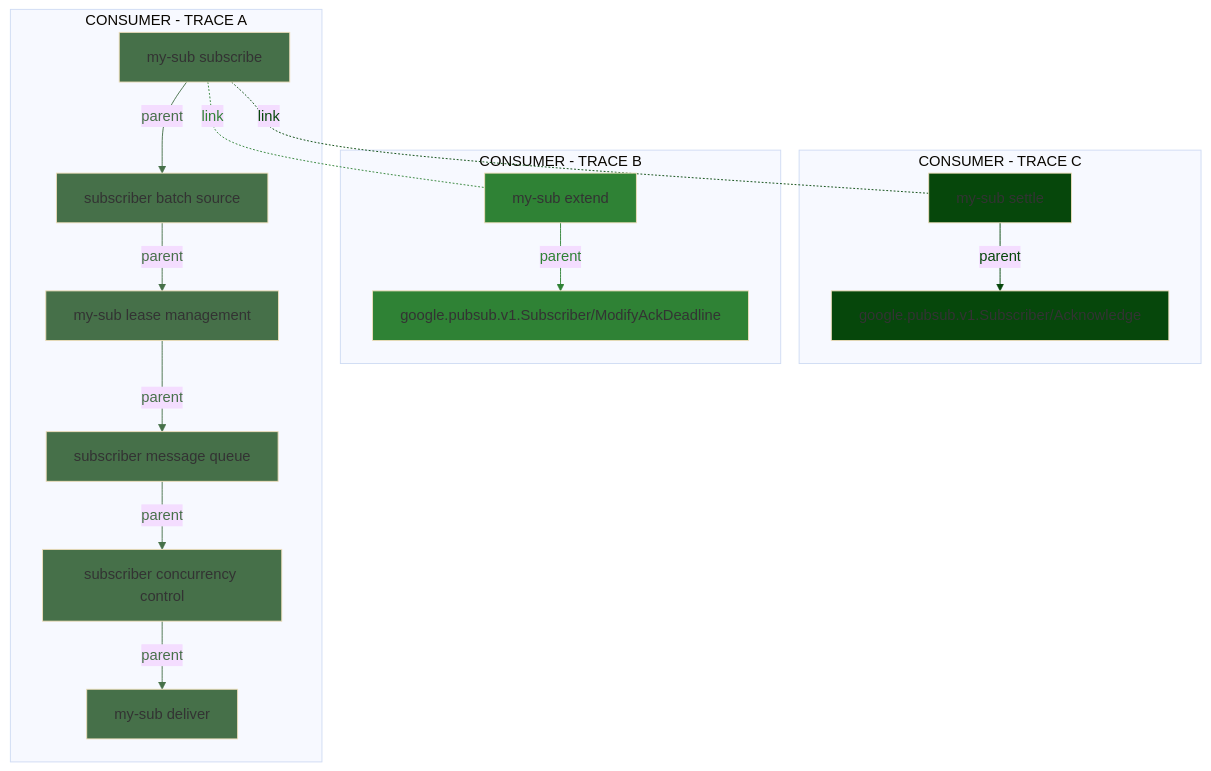
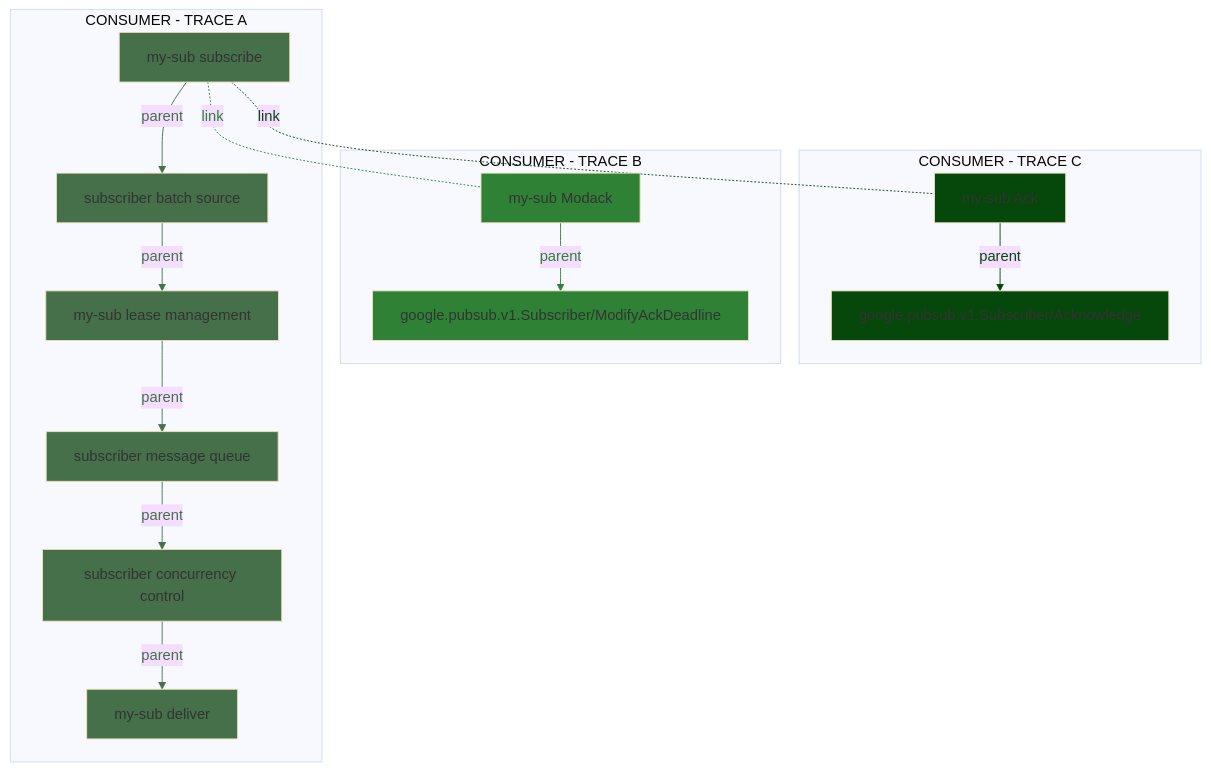
Before and after one commit to alevenberg/semantic-conventions: diagram 19 of 29 in docs/messaging/gcp-pubsub.md, drawn with Mermaid (base theme). The commit also changed other lines of this file, not shown here.

Commit message:
wip, change to ack/modack

````diff
--- a/docs/messaging/gcp-pubsub.md
+++ b/docs/messaging/gcp-pubsub.md
@@ -874,41 +874,41 @@
 ```mermaid
 flowchart TD;
   subgraph CONSUMER - TRACE C  
- SETTLE[my-sub settle]
+ Ack[my-sub Ack]
   ACK[ google.pubsub.v1.Subscriber/Acknowledge]
-  SETTLE--parent-->ACK;
+  Ack--parent-->ACK;
   end
   subgraph CONSUMER - TRACE B
- EXTEND[my-sub extend]
-  EXTEND_RPC[google.pubsub.v1.Subscriber/ModifyAckDeadline]
-EXTEND--parent-->EXTEND_RPC;
+ Modack[my-sub Modack]
+  Modack_RPC[google.pubsub.v1.Subscriber/ModifyAckDeadline]
+Modack--parent-->Modack_RPC;
   end
   subgraph CONSUMER - TRACE A
    S[my-sub subscribe]
      MQ[subscriber message queue]
    LM[my-sub lease management]
      BS[subscriber batch source]
              CC[subscriber concurrency control]
 D[my-sub deliver]
 
   S--parent-->BS;
     BS--parent-->LM;
       LM--parent-->MQ;
               MQ--parent-->CC;
                             CC--parent-->D;
 
 end
- S-. link .-EXTEND;
- S-. link .-SETTLE;
+ S-. link .-Modack;
+ S-. link .-Ack;
    classDef consumer fill:#467049
   class S,MQ,LM,BS,CC,D consumer
   linkStyle 2,3,4,5,6 color:#467049,stroke:#467049
 
-  classDef extend fill:#2f8235
-  class EXTEND,EXTEND_RPC extend
+  classDef Modack fill:#2f8235
+  class Modack,Modack_RPC Modack
   linkStyle 1,7 color:#2f8235,stroke:#2f8235
 
-     classDef settle fill:#06470b
-  class ACK,SETTLE settle
+     classDef Ack fill:#06470b
+  class ACK,Ack Ack
   linkStyle 0,8 color:#06470b,stroke:#06470b
 ```
````
